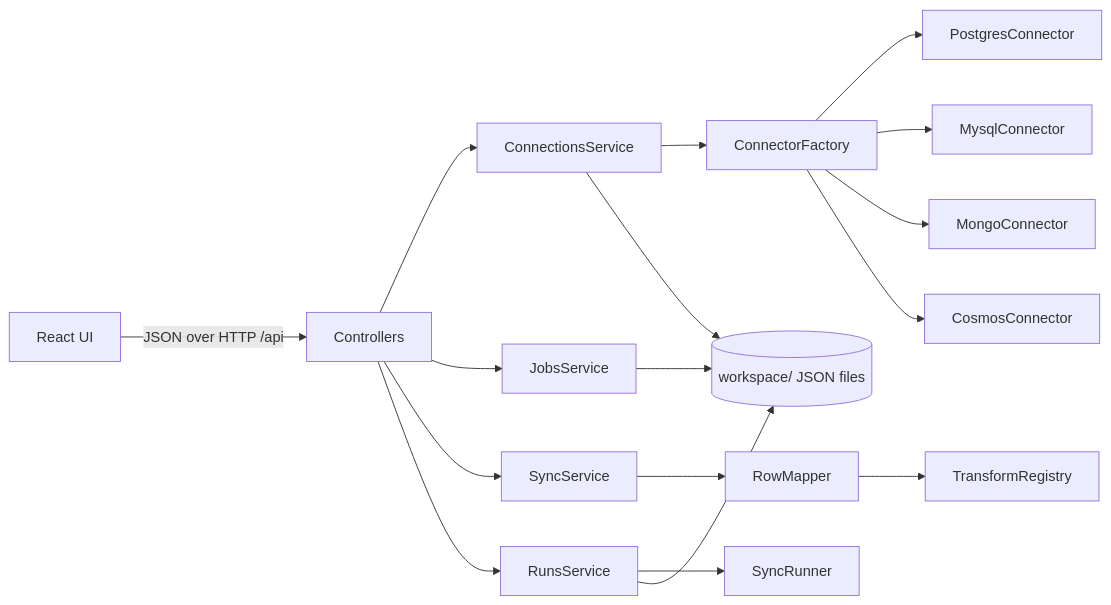
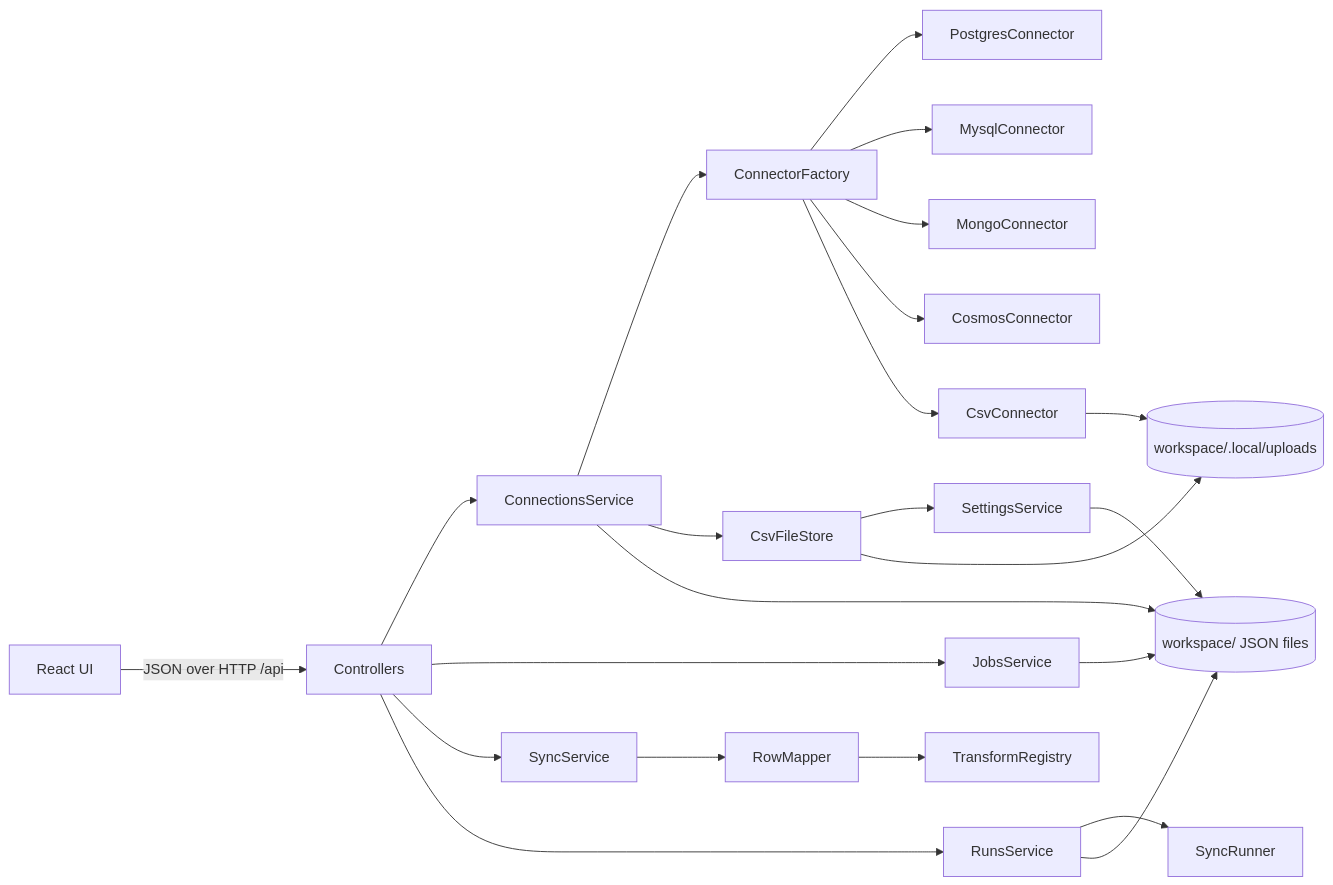
Before and after one commit to MohammedRaslan/sync-forge: the diagram in docs/ARCHITECTURE.md, drawn with Mermaid. The commit also changed other lines of this file and 68 other files, not shown here.

First line of the commit message:
Add CSV support and machine settings

````diff
--- a/docs/ARCHITECTURE.md
+++ b/docs/ARCHITECTURE.md
@@ -10,17 +10,22 @@
 ```mermaid
 flowchart LR
   UI[React UI] -- JSON over HTTP /api --> API[Controllers]
   API --> CS[ConnectionsService]
   API --> JS[JobsService]
   API --> SS[SyncService]
   API --> RS[RunsService]
   RS --> RUN[SyncRunner]
   SS --> MAP[RowMapper]
   MAP --> TR[TransformRegistry]
   CS --> CF[ConnectorFactory]
   CF --> PG[PostgresConnector]
   CF --> MY[MysqlConnector]
   CF --> MG[MongoConnector]
   CF --> CO[CosmosConnector]
-  CS & JS & RS --> FS[(workspace/ JSON files)]
+  CF --> CV[CsvConnector]
+  CS --> CFS[CsvFileStore]
+  CFS --> SET[SettingsService]
+  CV --> UP[(workspace/.local/uploads)]
+  CFS --> UP
+  CS & JS & RS & SET --> FS[(workspace/ JSON files)]
 ```
````
